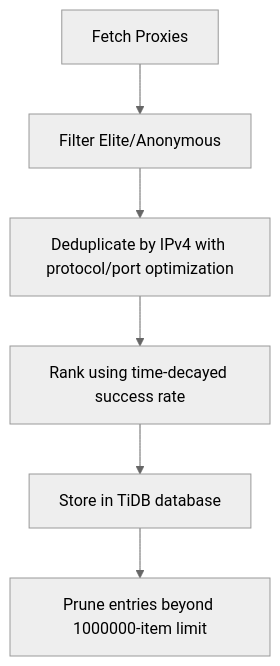
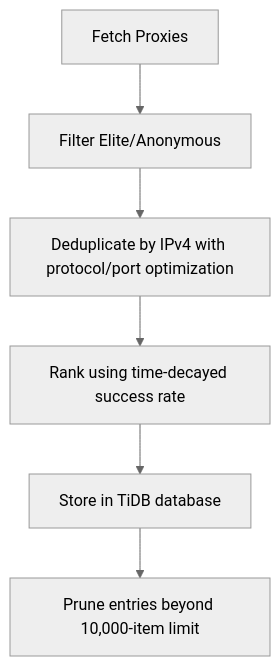
Before and after one commit to webc-site/npm: the diagram in proxy_fetch/readme/en/README.md, drawn with Mermaid (neutral theme). The commit also changed 1 other file, not shown here.

Commit message:
docs: reduce proxy entry pruning limit from 1,000,000 to 10,000 in READMEs

````diff
--- a/proxy_fetch/readme/en/README.md
+++ b/proxy_fetch/readme/en/README.md
@@ -34,8 +34,8 @@
 ```mermaid
 graph TD
     A[Fetch Proxies] --> B[Filter Elite/Anonymous]
     B --> C[Deduplicate by IPv4 with protocol/port optimization]
     C --> D[Rank using time-decayed success rate]
     D --> E[Store in TiDB database]
-    E --> F[Prune entries beyond 1000000-item limit]
+    E --> F[Prune entries beyond 10,000-item limit]
 ```
````
